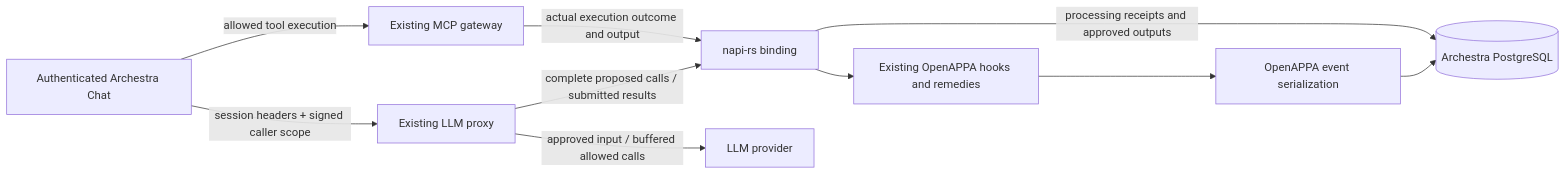
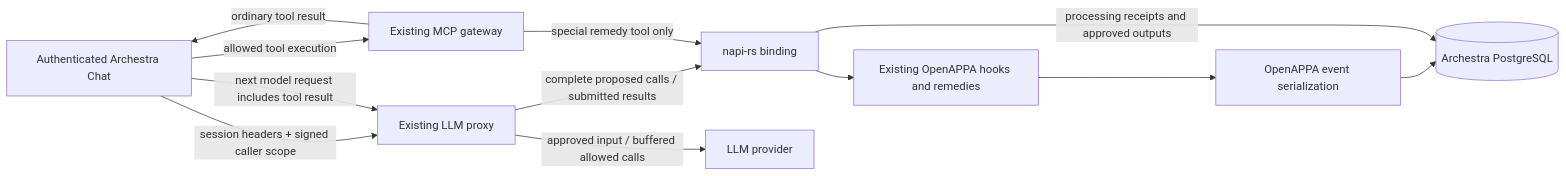
One commit to archestra-ai/archestra changed the diagram in platform/archestra-rs/openappa-rs/README.md. Above: the diagram before and after it, drawn with Mermaid. The commit also changed other lines of this file and 18 other files, not shown here.

````diff
--- a/platform/archestra-rs/openappa-rs/README.md
+++ b/platform/archestra-rs/openappa-rs/README.md
@@ -9,12 +9,14 @@
 ```mermaid
 flowchart LR
   C[Authenticated Archestra Chat] -->|session headers + signed caller scope| P[Existing LLM proxy]
   P -->|complete proposed calls / submitted results| N[napi-rs binding]
   N --> H[Existing OpenAPPA hooks and remedies]
   H --> E[OpenAPPA event serialization]
   E --> D[(Archestra PostgreSQL)]
   N -->|processing receipts and approved outputs| D
   P -->|approved input / buffered allowed calls| L[LLM provider]
   C -->|allowed tool execution| M[Existing MCP gateway]
-  M -->|actual execution outcome and output| N
+  M -->|ordinary tool result| C
+  C -->|next model request includes tool result| P
+  M -->|special remedy tool only| N
 ```
````
